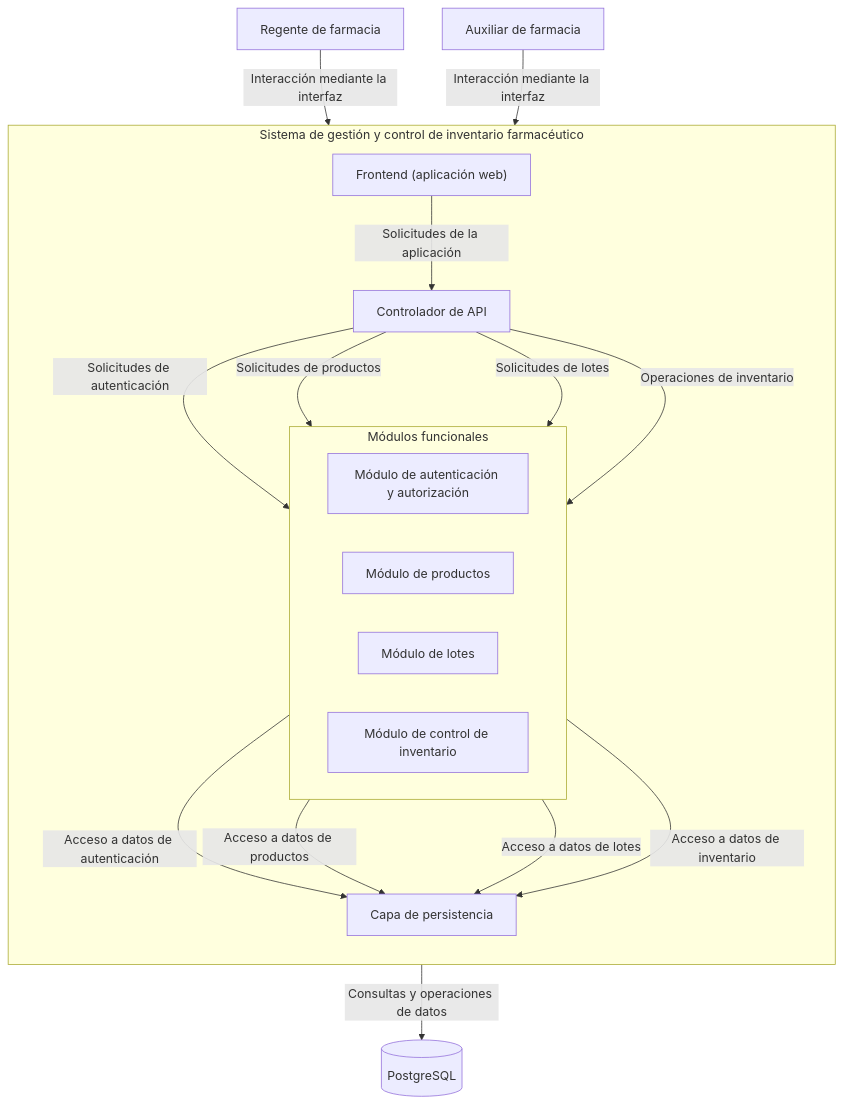
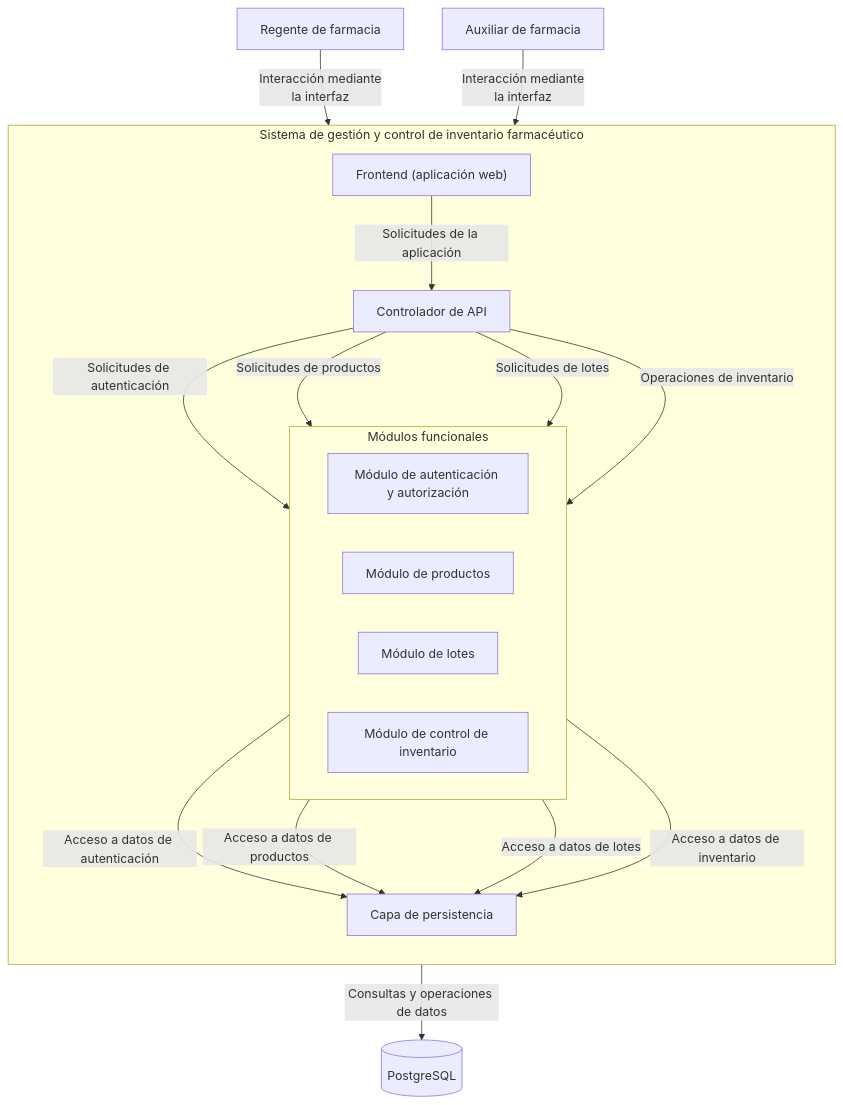
The second of 3 diagrams in docs/design/01_Architectural_and_Detailed_Design.md (anmorenol63/Ingesoft_t6), drawn with Mermaid before and after one commit.

Commit message:
Refactor interaction descriptions for R and A
Updated interaction descriptions for R and A in the architectural design.

````diff
--- a/docs/design/01_Architectural_and_Detailed_Design.md
+++ b/docs/design/01_Architectural_and_Detailed_Design.md
@@ -87,43 +87,45 @@
 ```mermaid
 flowchart TB
     R["Regente de farmacia"]
     A["Auxiliar de farmacia"]
 
     subgraph SYS["Sistema de gestión y control de inventario farmacéutico"]
         direction TB
 
         FE["Frontend (aplicación web)"]
         API["Controlador de API"]
 
         FE -->|"Solicitudes de la aplicación"| API
 
         subgraph MOD["Módulos funcionales"]
             direction LR
             AUTH["Módulo de autenticación y autorización"]
             PROD["Módulo de productos"]
             LOT["Módulo de lotes"]
             INV["Módulo de control de inventario"]
         end
 
         API -->|"Solicitudes de autenticación"| AUTH
         API -->|"Solicitudes de productos"| PROD
         API -->|"Solicitudes de lotes"| LOT
         API -->|"Operaciones de inventario"| INV
 
         PERSIST["Capa de persistencia"]
 
         AUTH -->|"Acceso a datos de autenticación"| PERSIST
         PROD -->|"Acceso a datos de productos"| PERSIST
         LOT -->|"Acceso a datos de lotes"| PERSIST
         INV -->|"Acceso a datos de inventario"| PERSIST
     end
 
     DB[("PostgreSQL")]
 
-    R -->|"Interacción mediante la interfaz"| FE
-    A -->|"Interacción mediante la interfaz"| FE
+    R -->|"Interacción mediante
+la interfaz"| FE
+    A -->|"Interacción mediante
+la interfaz"| FE
 
     PERSIST -->|"Consultas y operaciones de datos"| DB
 
 
 ```
````
